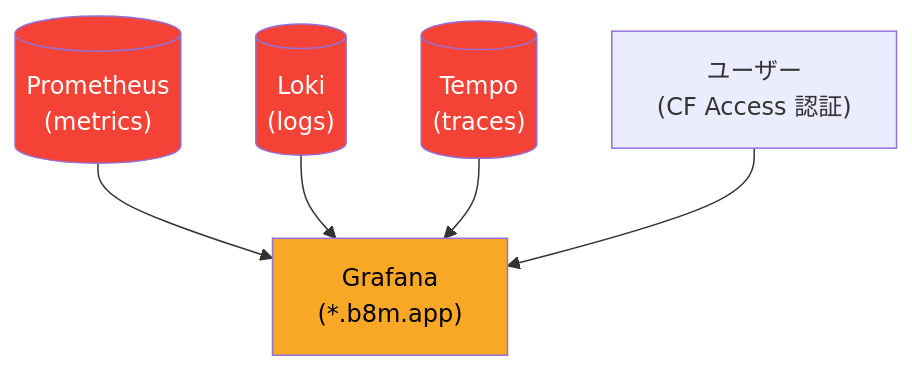
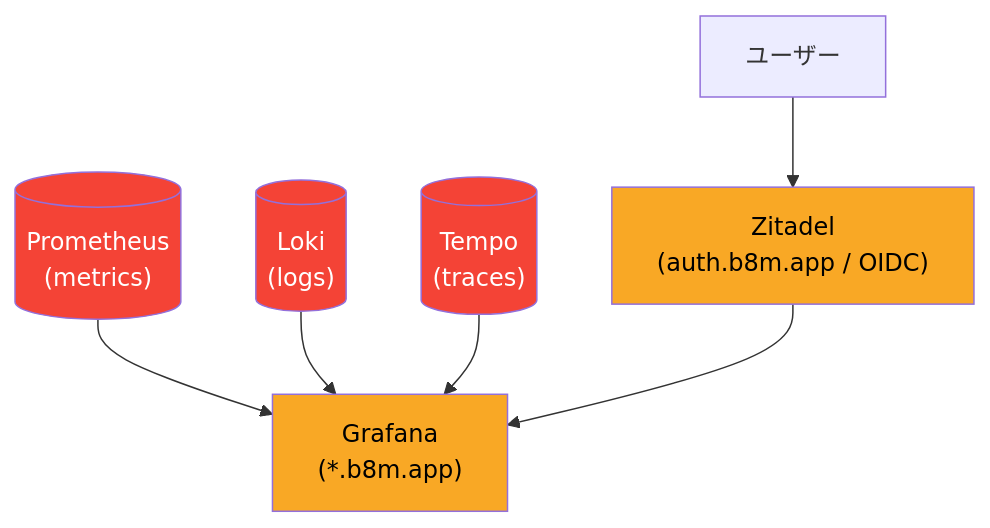
Before and after one commit to bright-room/br-cluster: the fifth of 6 diagrams in docs/observability.md, drawn with Mermaid. The commit also changed other lines of this file and 3 other files, not shown here.

````diff
--- a/docs/observability.md
+++ b/docs/observability.md
@@ -157,17 +157,19 @@
 ```mermaid
 graph TB
   classDef sink fill:#f44336,color:#fff
   classDef ui fill:#f9a825,color:#000
 
   prom[("Prometheus<br/>(metrics)")]:::sink
   loki[("Loki<br/>(logs)")]:::sink
   tempo[("Tempo<br/>(traces)")]:::sink
 
   grafana["Grafana<br/>(*.b8m.app)"]:::ui
 
   prom --> grafana
   loki --> grafana
   tempo --> grafana
 
-  user["ユーザー<br/>(CF Access 認証)"] --> grafana
+  zitadel["Zitadel<br/>(auth.b8m.app / OIDC)"]:::ui
+  user["ユーザー"] --> zitadel
+  zitadel --> grafana
 ```
````
